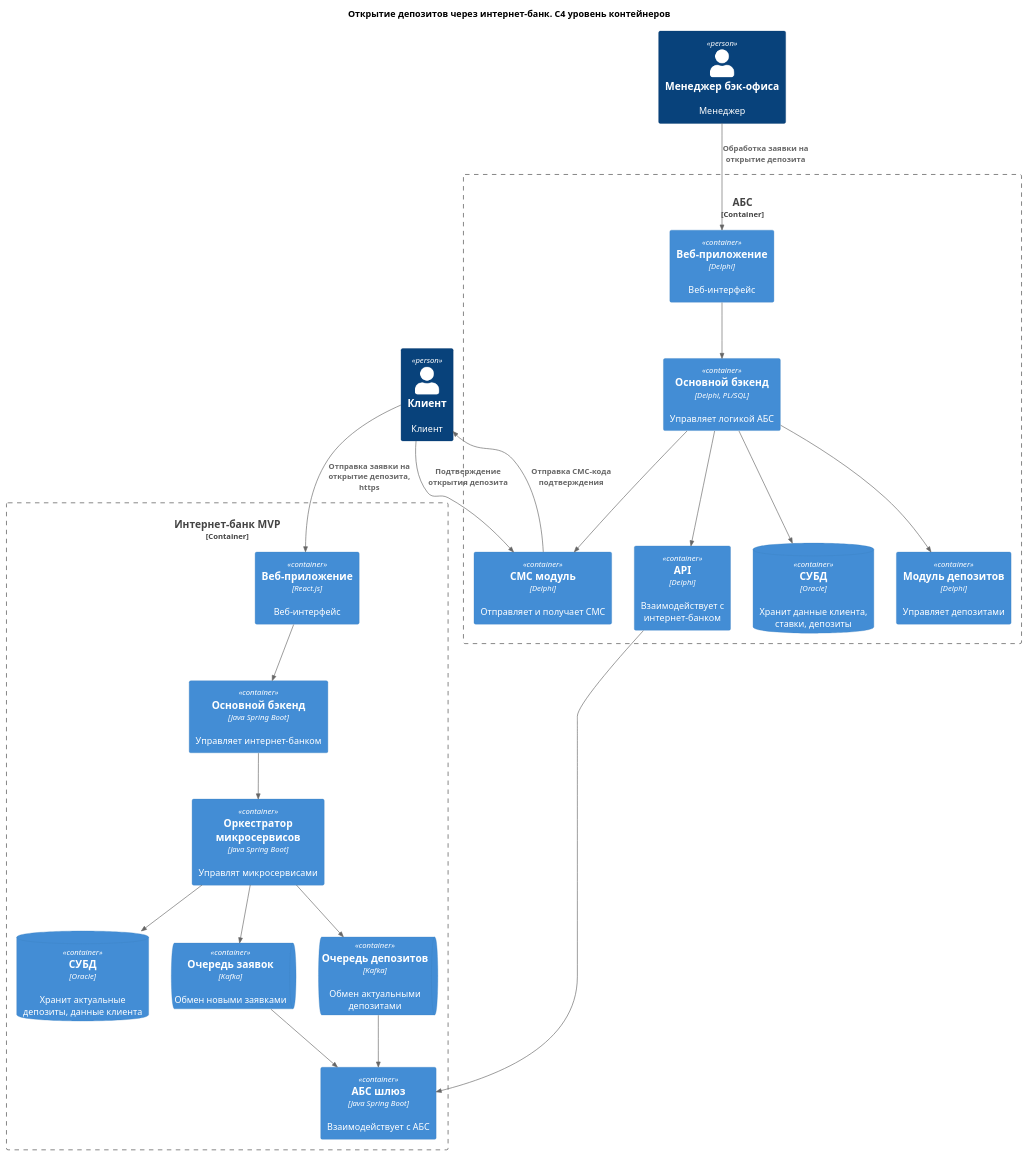
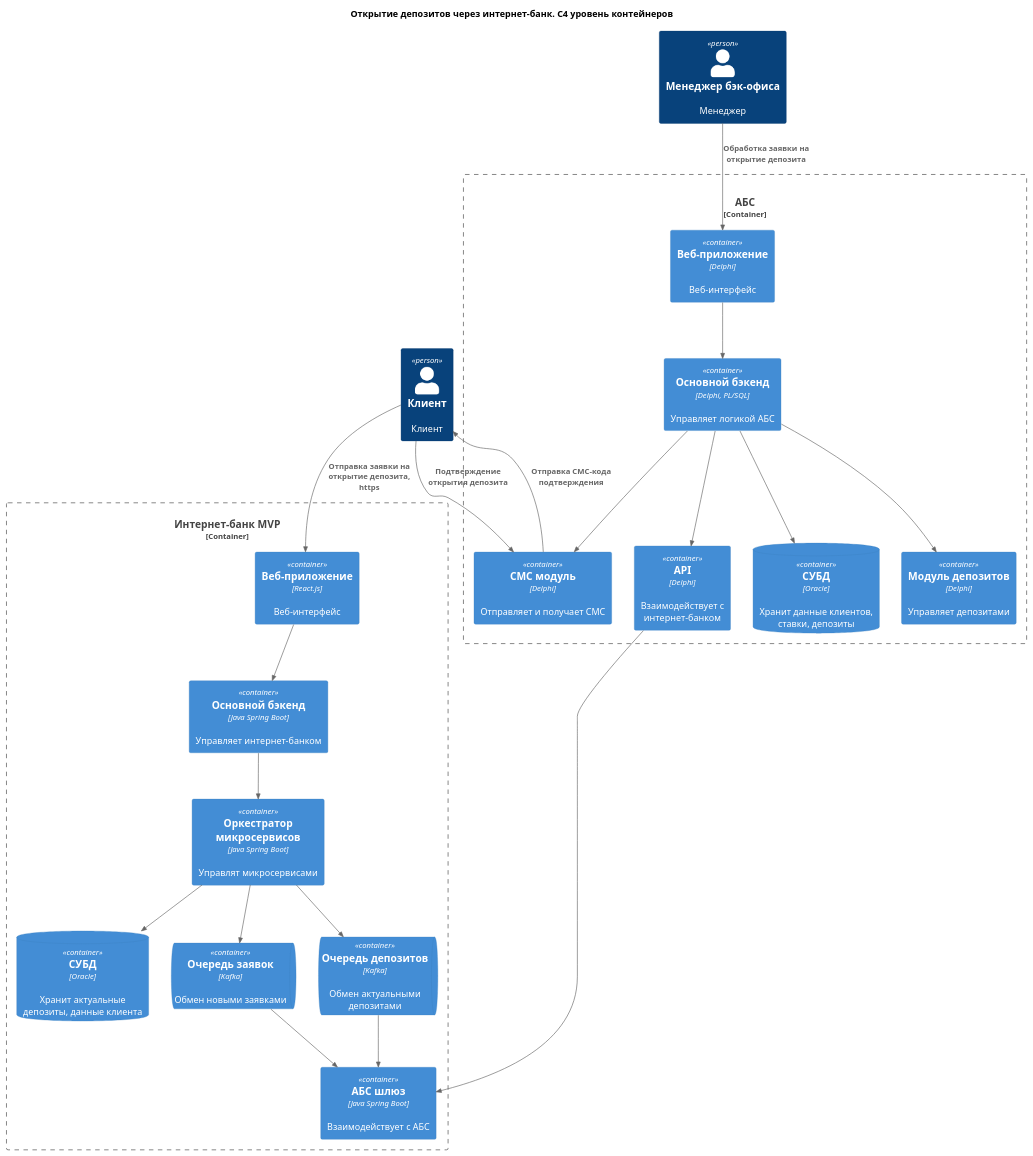
The diagram in Task3/c4_container.puml (realjungleman/architecture-standart), drawn with PlantUML before and after one commit. The commit also changed 9 other files, not shown here.

Commit message:
4_таск. Добавлен ADR, диаграммы, описание процессов

```diff
--- a/Task3/c4_container.puml
+++ b/Task3/c4_container.puml
@@ -1,48 +1,48 @@
 @startuml
 title Открытие депозитов через интернет-банк. С4 уровень контейнеров
 
 top to bottom direction
 
 !includeurl https://raw.githubusercontent.com/RicardoNiepel/C4-PlantUML/master/C4_Component.puml
 
 Person(client, "Клиент", "Клиент")
 Person(manager, "Менеджер бэк-офиса", "Менеджер")
 
 Container_Boundary(InternetBank, "Интернет-банк MVP"){
     Container(WebInternetBank, "Веб-приложение", "React.js", "Веб-интерфейс")
     Container(MainSystemInternetBank, "Основной бэкенд", "Java Spring Boot", "Управляет интернет-банком")
     Container(Orchestrator, "Оркестратор микросервисов", "Java Spring Boot", "Управлят микросервисами")
     ContainerDb(DatabaseInternetBank, "СУБД", "Oracle", "Хранит актуальные депозиты, данные клиента")
     ContainerQueue(QueueTasks, "Очередь заявок", "Kafka", "Обмен новыми заявками")
     ContainerQueue(QueueSync, "Очередь депозитов", "Kafka", "Обмен актуальными депозитами")
     Container(GateABS, "АБС шлюз", "Java Spring Boot", "Взаимодействует с АБС")
 }
 Container_Boundary(ABS, "АБС", "Управляет банковскими операциями"){
     Container(WebABS, "Веб-приложение", "Delphi", "Веб-интерфейс")
     Container(MainSystemABS, "Основной бэкенд", "Delphi, PL/SQL", "Управляет логикой АБС")
     Container(ApiABS, "API", "Delphi", "Взаимодействует с интернет-банком")
     Container(SmsABS, "СМС модуль", "Delphi", "Отправляет и получает СМС")
-    ContainerDb(DatabaseABS, "СУБД", "Oracle", "Хранит данные клиента, ставки, депозиты")
+    ContainerDb(DatabaseABS, "СУБД", "Oracle", "Хранит данные клиентов, ставки, депозиты")
     Container(DepositsABS, "Модуль депозитов", "Delphi", "Управляет депозитами")
 }
 
 Rel(client, WebInternetBank, "Отправка заявки на открытие депозита, https")
 Rel(WebInternetBank, MainSystemInternetBank, "")
 Rel(MainSystemInternetBank, Orchestrator, "")
 Rel(Orchestrator, DatabaseInternetBank, "")
 Rel(Orchestrator, QueueTasks, "")
 Rel(Orchestrator, QueueSync, "")
 Rel(QueueSync, GateABS, "")
 Rel(QueueTasks, GateABS, "")
 
 Rel(manager, WebABS, "Обработка заявки на открытие депозита")
 Rel(WebABS, MainSystemABS, "")
 Rel(MainSystemABS, SmsABS, "")
 Rel(MainSystemABS, DatabaseABS, "")
 Rel(MainSystemABS, DepositsABS, "")
 Rel(MainSystemABS, ApiABS, "")
 Rel(ApiABS, GateABS,"")
 
 Rel(SmsABS, client, "Отправка СМС-кода подтверждения")
 Rel(client,SmsABS, "Подтверждение открытия депозита")
 @enduml
```
